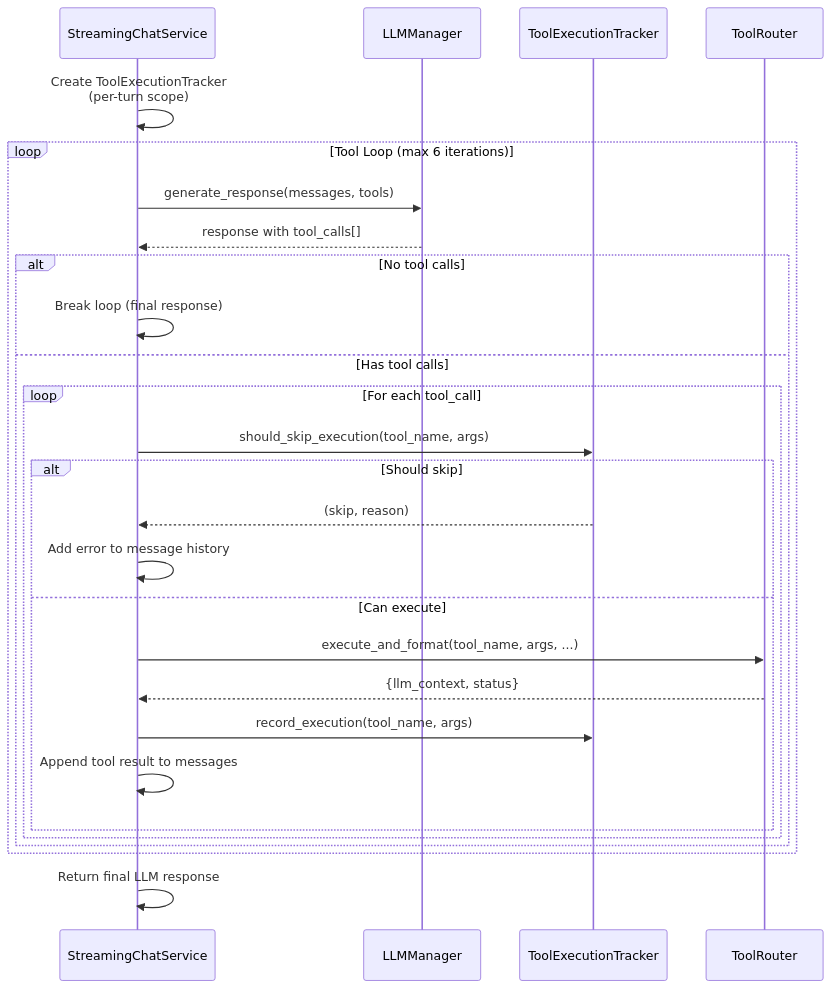
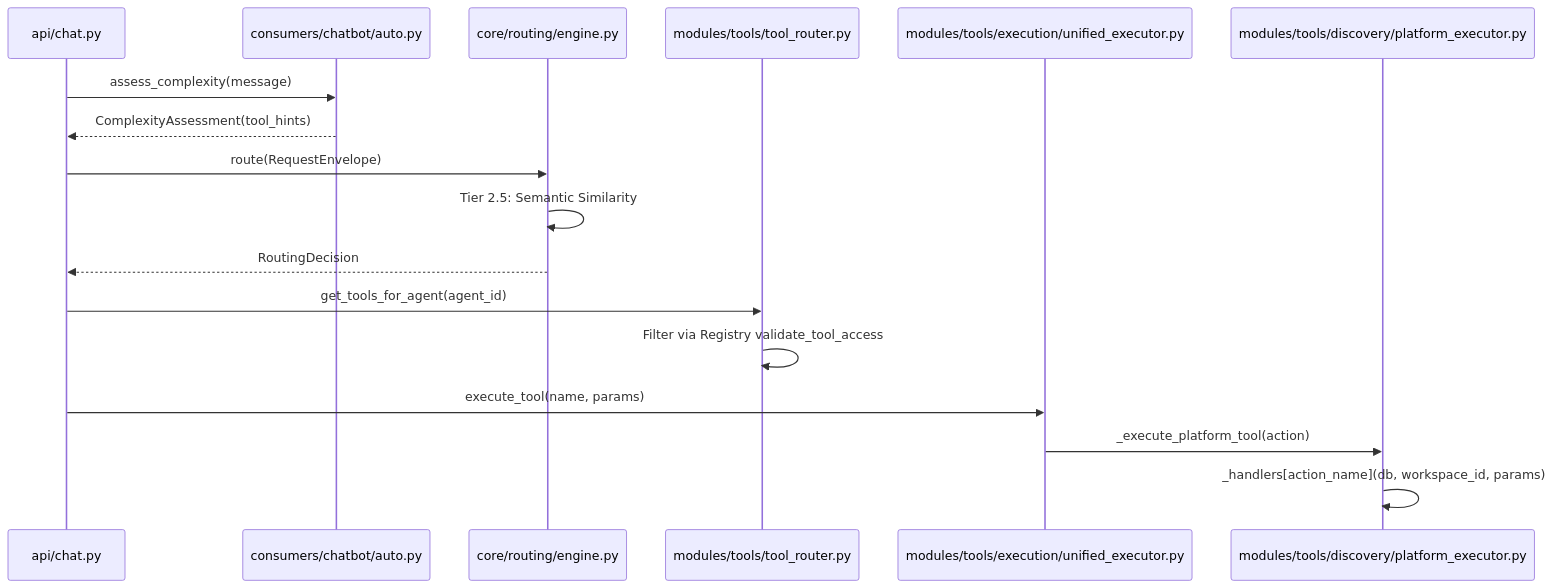
The second of 2 diagrams in docs/tools-integrations/tool-router-execution.md (AutomatosAI/automatos-ai), drawn with Mermaid before and after one commit. The commit also changed other lines of this file and 149 other files, not shown here.

Commit message:
docs: refresh documentation with graphify semantic scan

````diff
--- a/docs/tools-integrations/tool-router-execution.md
+++ b/docs/tools-integrations/tool-router-execution.md
@@ -478,34 +153,23 @@
 ```mermaid
 sequenceDiagram
-    participant Chat as StreamingChatService
-    participant LLM as LLMManager
-    participant Tracker as ToolExecutionTracker
-    participant Router as ToolRouter
+    participant API as api/chat.py
+    participant Auto as consumers/chatbot/auto.py
+    participant Router as core/routing/engine.py
+    participant ToolRouter as modules/tools/tool_router.py
+    participant Unified as modules/tools/execution/unified_executor.py
+    participant Platform as modules/tools/discovery/platform_executor.py
+
+    API->>Auto: assess_complexity(message)
+    Auto-->>API: ComplexityAssessment(tool_hints)
     
-    Chat->>Chat: Create ToolExecutionTracker<br/>(per-turn scope)
+    API->>Router: route(RequestEnvelope)
+    Router->>Router: Tier 2.5: Semantic Similarity
+    Router-->>API: RoutingDecision
     
-    loop Tool Loop (max 6 iterations)
-        Chat->>LLM: generate_response(messages, tools)
-        LLM-->>Chat: response with tool_calls[]
-        
-        alt No tool calls
-            Chat->>Chat: Break loop (final response)
-        else Has tool calls
-            loop For each tool_call
-                Chat->>Tracker: should_skip_execution(tool_name, args)
-                
-                alt Should skip
-                    Tracker-->>Chat: (skip, reason)
-                    Chat->>Chat: Add error to message history
-                else Can execute
-                    Chat->>Router: execute_and_format(tool_name, args, ...)
-                    Router-->>Chat: {llm_context, status}
-                    Chat->>Tracker: record_execution(tool_name, args)
-                    Chat->>Chat: Append tool result to messages
-                end
-            end
-        end
-    end
+    API->>ToolRouter: get_tools_for_agent(agent_id)
+    ToolRouter->>ToolRouter: Filter via Registry validate_tool_access
     
-    Chat->>Chat: Return final LLM response
+    API->>Unified: execute_tool(name, params)
+    Unified->>Platform: _execute_platform_tool(action)
+    Platform->>Platform: _handlers[action_name](db, workspace_id, params)
 ```
````
